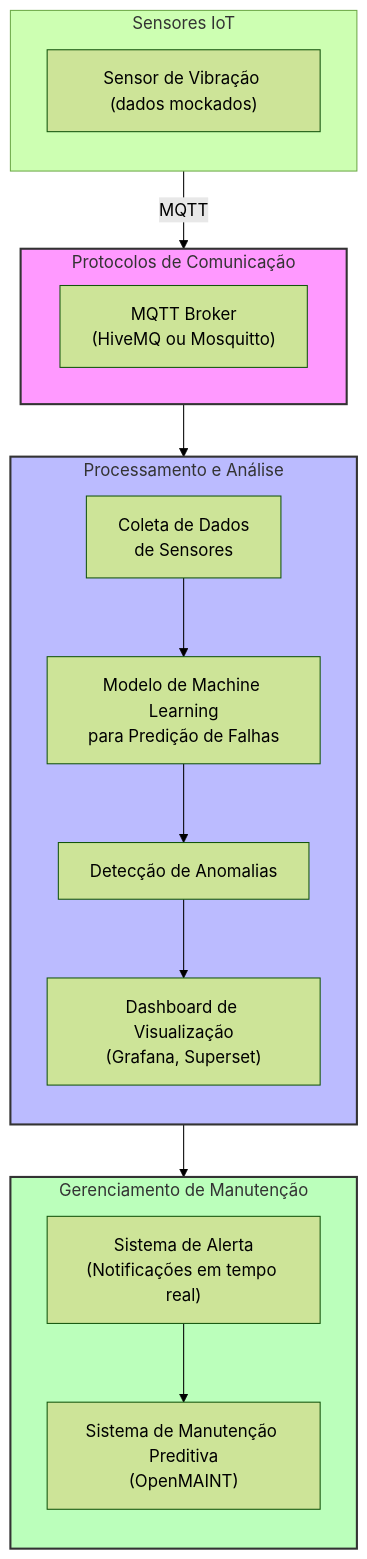
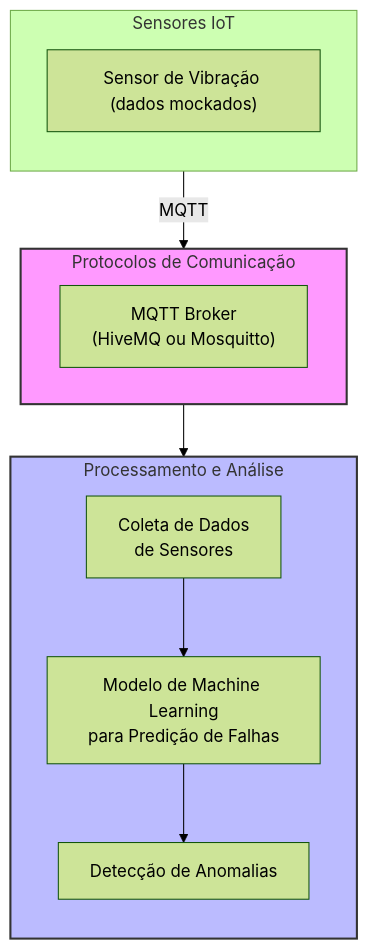
One commit to 2024S2-CCIoT/anthon_hax changed the second of 2 diagrams in artigo.md. Above: the diagram before and after it, drawn with Mermaid (forest theme).

````diff
--- a/artigo.md
+++ b/artigo.md
@@ -66,45 +66,38 @@
 ```mermaid
 flowchart TD
     subgraph IoT_Sensors["Sensores IoT"]
         direction TB
         Sensor1["Sensor de Vibração (dados mockados)"]
     end
 
     subgraph Protocolos["Protocolos de Comunicação"]
         direction LR
         MQTT["MQTT Broker<br>(HiveMQ ou Mosquitto)"]
     end
 
     subgraph Processamento["Processamento e Análise"]
         direction TB
         DataCollection["Coleta de Dados<br>de Sensores"]
         MLModel["Modelo de Machine Learning<br>para Predição de Falhas"]
         AnomalyDetection["Detecção de Anomalias"]
-        Dashboard["Dashboard de Visualização<br>(Grafana, Superset)"]
     end
 
-    subgraph Gerenciamento["Gerenciamento de Manutenção"]
-        direction TB
-        MaintenanceSystem["Sistema de Manutenção Preditiva<br>(OpenMAINT)"]
-        AlertSystem["Sistema de Alerta<br>(Notificações em tempo real)"]
-    end
 
     %% Fluxos de Dados
     Sensor1 -->|MQTT| MQTT
     MQTT --> DataCollection
 
     DataCollection --> MLModel
     MLModel --> AnomalyDetection
-    AnomalyDetection --> AlertSystem
-    AnomalyDetection --> Dashboard
-    AlertSystem --> MaintenanceSystem
+
 
     %% Legend
     classDef protocolo fill:#f9f,stroke:#333,stroke-width:2px;
     classDef processamento fill:#bbf,stroke:#333,stroke-width:2px;
     classDef gerenciamento fill:#bfb,stroke:#333,stroke-width:2px;
     
     class Protocolos protocolo;
     class Processamento processamento;
     class Gerenciamento gerenciamento;
+
 ```
````
